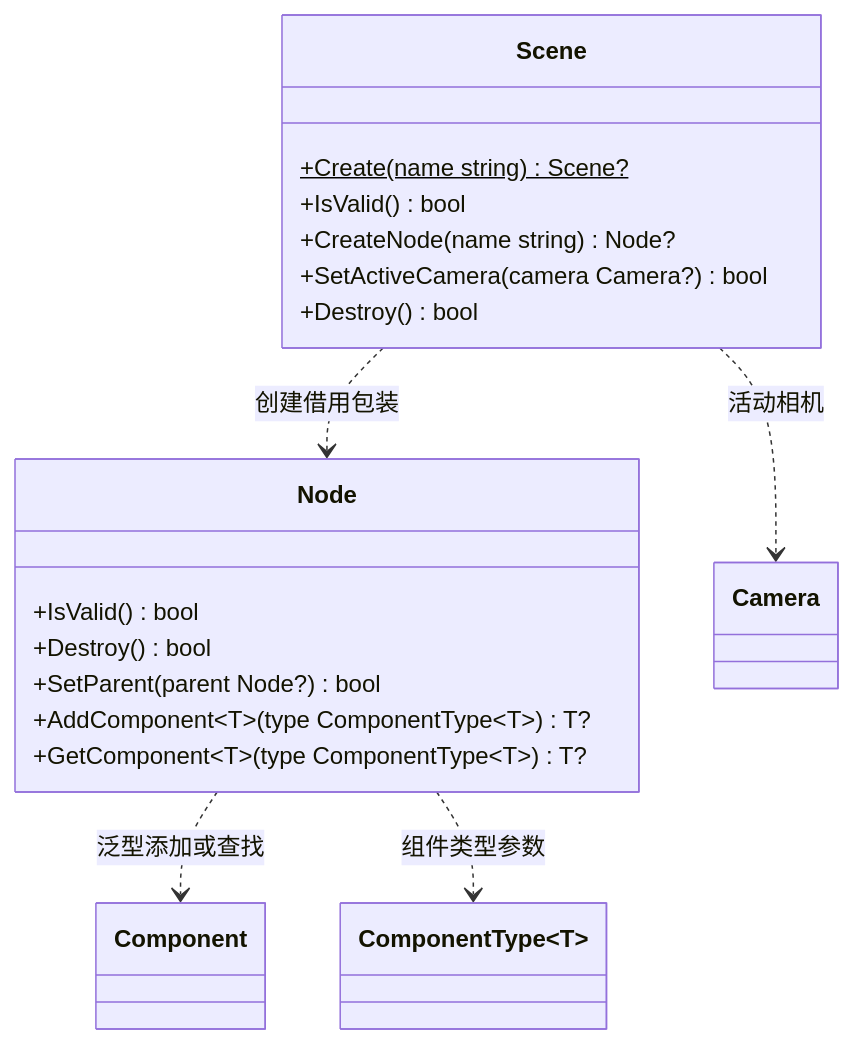
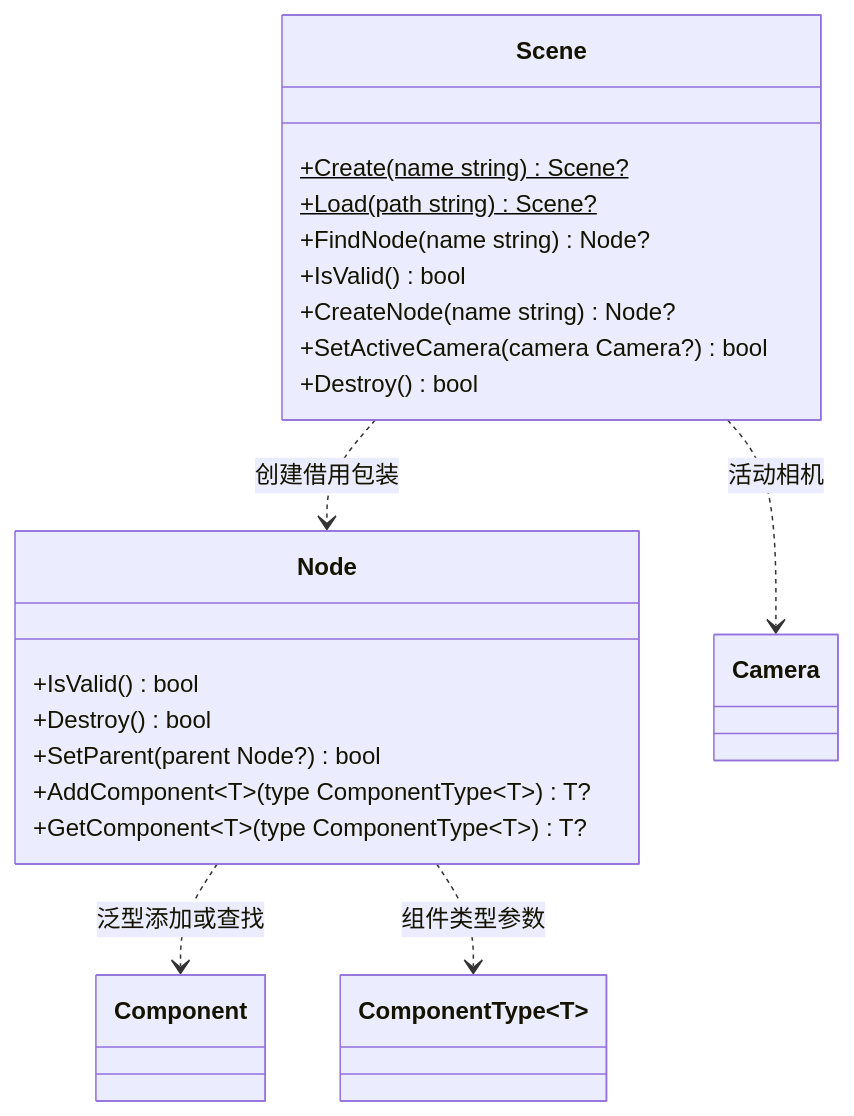
One commit to lcals/Engine changed the second of 3 diagrams in docs/runtime/class-diagrams/gameplay.md. Above: the diagram before and after it, drawn with Mermaid. The commit also changed other lines of this file and 114 other files, not shown here.

````diff
--- a/docs/runtime/class-diagrams/gameplay.md
+++ b/docs/runtime/class-diagrams/gameplay.md
@@ -46,25 +46,27 @@
 ```mermaid
 classDiagram
     direction TB
     class Scene {
         +Create(name string) Scene?$
+        +Load(path string) Scene?$
+        +FindNode(name string) Node?
         +IsValid() bool
         +CreateNode(name string) Node?
         +SetActiveCamera(camera Camera?) bool
         +Destroy() bool
     }
     class Node {
         +IsValid() bool
         +Destroy() bool
         +SetParent(parent Node?) bool
         +AddComponent~T~(type ComponentType~T~) T?
         +GetComponent~T~(type ComponentType~T~) T?
     }
     class Component
     class ComponentType~T~
     class Camera
     Scene ..> Node : 创建借用包装
     Scene ..> Camera : 活动相机
     Node ..> Component : 泛型添加或查找
     Node ..> ComponentType : 组件类型参数
 ```
````
